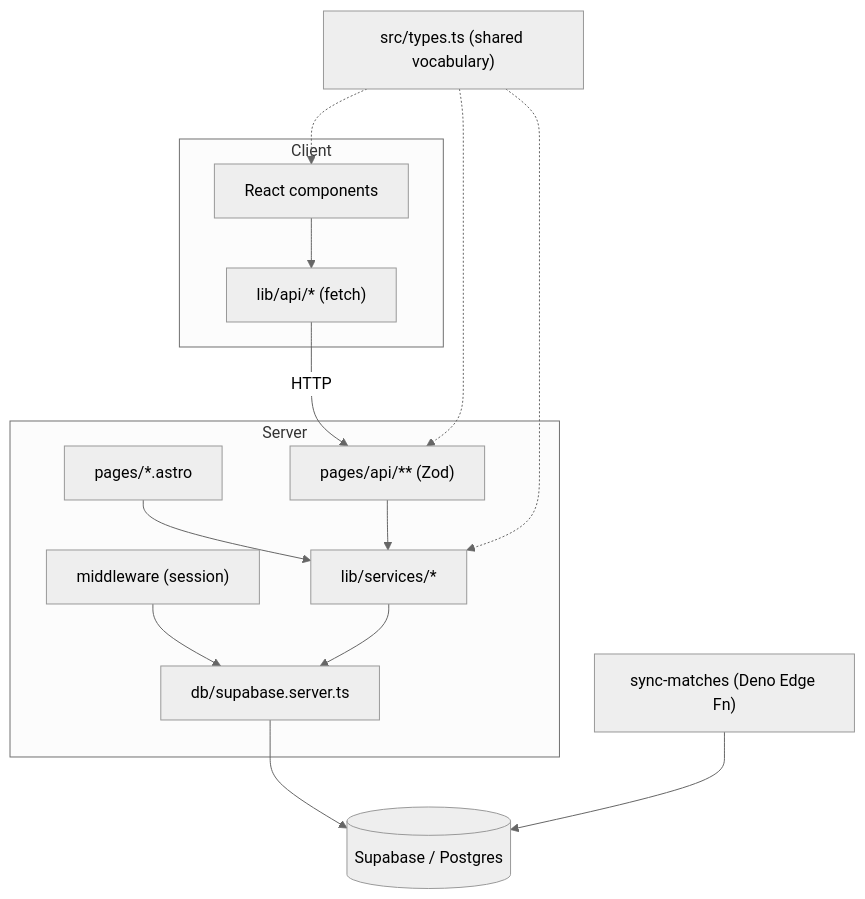
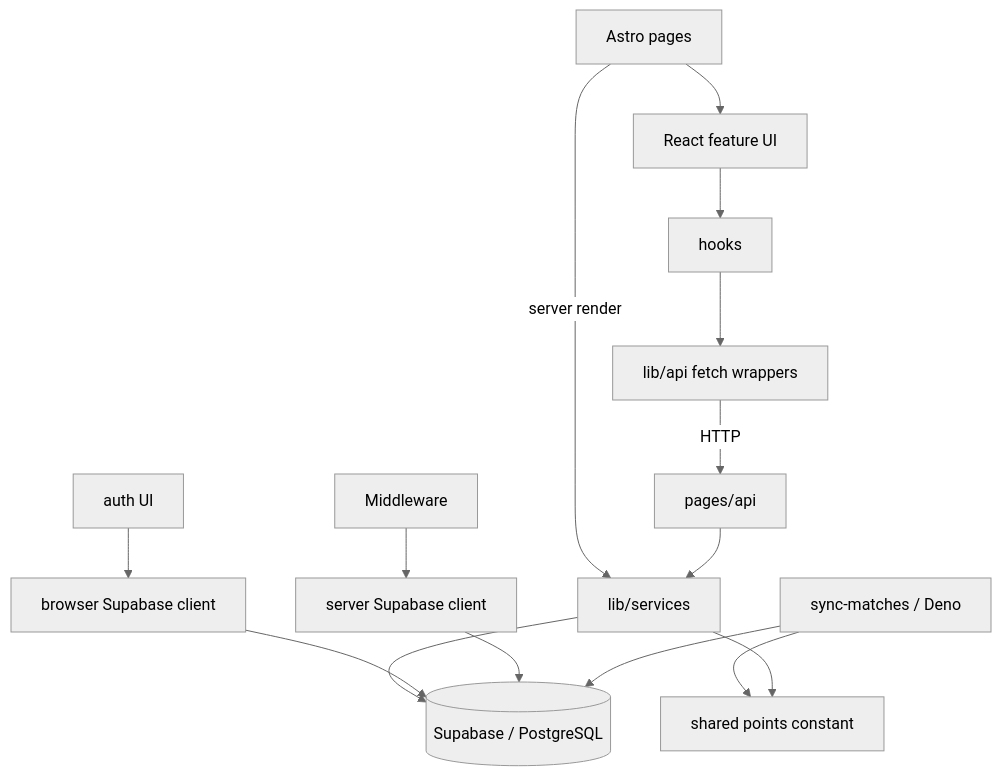
Before and after one commit to JarekLatek/betMate: the diagram in context/map/repo-map.md, drawn with Mermaid (neutral theme). The commit also changed other lines of this file and 16 other files, not shown here.

Commit message:
chore(architect): add project map and scoring research

````diff
--- a/context/map/repo-map.md
+++ b/context/map/repo-map.md
@@ -9,18 +21,15 @@
 ```mermaid
 flowchart TD
-  subgraph Client
-    C["React components"] --> CA["lib/api/* (fetch)"]
-  end
-  subgraph Server
-    CA -->|HTTP| API["pages/api/** (Zod)"]
-    AP["pages/*.astro"] --> S
-    API --> S["lib/services/*"]
-    MW["middleware (session)"] --> DB
-    S --> DB["db/supabase.server.ts"]
-  end
-  DB --> PG[("Supabase / Postgres")]
-  SYNC["sync-matches (Deno Edge Fn)"] --> PG
-  T["src/types.ts (shared vocabulary)"] -.-> API
-  T -.-> S
-  T -.-> C
+  Pages["Astro pages"] -->|server render| Services["lib/services"]
+  Pages --> React["React feature UI"]
+  React --> Hooks["hooks"]
+  Hooks --> ClientAPI["lib/api fetch wrappers"]
+  ClientAPI -->|HTTP| API["pages/api"]
+  API --> Services
+  Services --> PG[("Supabase / PostgreSQL")]
+  Auth["auth UI"] --> BrowserDB["browser Supabase client"] --> PG
+  Middleware --> ServerDB["server Supabase client"] --> PG
+  Edge["sync-matches / Deno"] --> PG
+  Edge --> Rule["shared points constant"]
+  Services --> Rule
 ```
````
